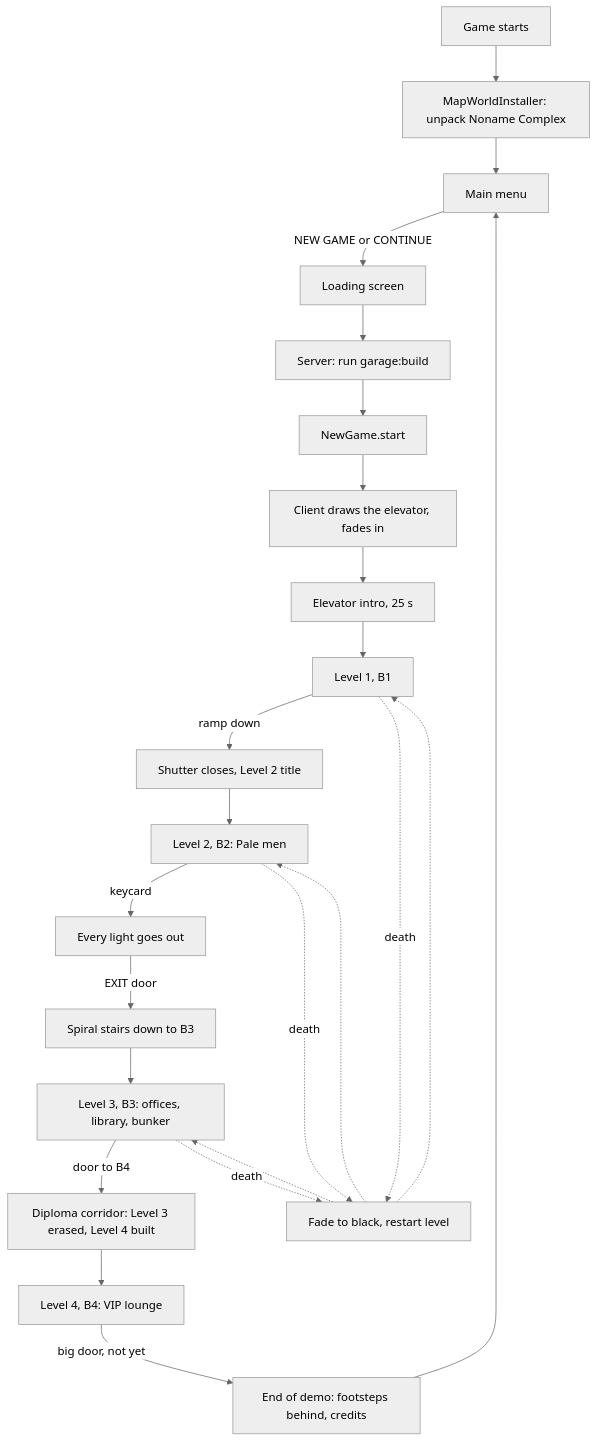
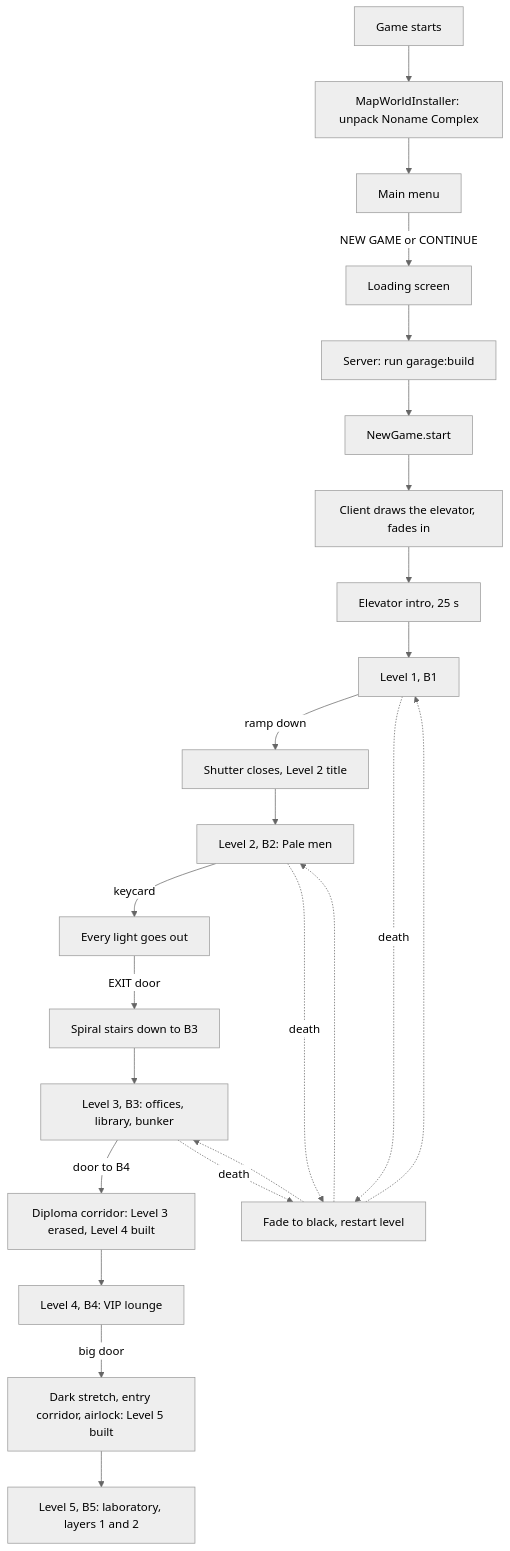
One commit to Daio7771/EveryTunnelMod changed the diagram in docs/en/game-flow.md. Above: the diagram before and after it, drawn with Mermaid (neutral theme). The commit also changed other lines of this file and 54 other files, not shown here.

First line of the commit message:
Phase 10: Level 5's map, layers 1 and 2, built in play behind an airlock

````diff
--- a/docs/en/game-flow.md
+++ b/docs/en/game-flow.md
@@ -8,26 +8,26 @@
 ```mermaid
 flowchart TD
     A[Game starts] --> B[MapWorldInstaller: unpack Noname Complex]
     B --> C[Main menu]
     C -->|NEW GAME or CONTINUE| D[Loading screen]
     D --> E[Server: run garage:build]
     E --> F[NewGame.start]
     F --> G[Client draws the elevator, fades in]
     G --> H[Elevator intro, 25 s]
     H --> I[Level 1, B1]
     I -->|ramp down| J[Shutter closes, Level 2 title]
     J --> K[Level 2, B2: Pale men]
     K -->|keycard| L[Every light goes out]
     L -->|EXIT door| M[Spiral stairs down to B3]
     M --> P[Level 3, B3: offices, library, bunker]
     P -->|door to B4| Q[Diploma corridor: Level 3 erased, Level 4 built]
     Q --> R[Level 4, B4: VIP lounge]
-    R -->|big door, not yet| N[End of demo: footsteps behind, credits]
-    N --> C
+    R -->|big door| S[Dark stretch, entry corridor, airlock: Level 5 built]
+    S --> T[Level 5, B5: laboratory, layers 1 and 2]
     I -.->|death| O[Fade to black, restart level]
     K -.->|death| O
     P -.->|death| O
     O -.-> I
     O -.-> K
     O -.-> P
 ```
````
